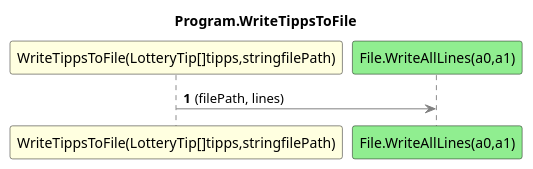
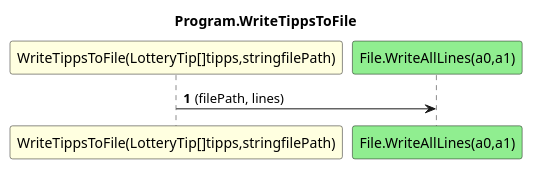
The diagram in LotteryChecker.ConApp/diagrams/sq_Program_WriteTippsToFile.puml (leoggehrer/2324-34_ABIF_ACIF_POSE), drawn with PlantUML before and after one commit. The commit also changed 9 other files, not shown here.

```diff
--- a/LotteryChecker.ConApp/diagrams/sq_Program_WriteTippsToFile.puml
+++ b/LotteryChecker.ConApp/diagrams/sq_Program_WriteTippsToFile.puml
@@ -1,7 +1,7 @@
 @startuml Program.WriteTippsToFile
 title Program.WriteTippsToFile
 participant "WriteTippsToFile(LotteryTip[]tipps,stringfilePath)" as WriteTippsToFile_p0_p1 #LightYellow
 participant "File.WriteAllLines(a0,a1)" as File_WriteAllLines_a0_a1 #LightGreen
 autonumber
-WriteTippsToFile_p0_p1 -[#grey]> File_WriteAllLines_a0_a1 : (filePath, lines)
+WriteTippsToFile_p0_p1 -> File_WriteAllLines_a0_a1 : (filePath, lines)
 @enduml
```
